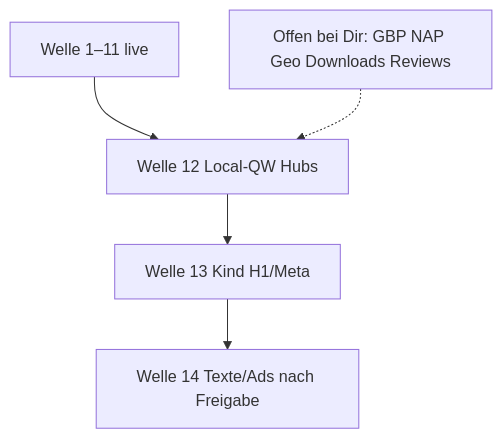
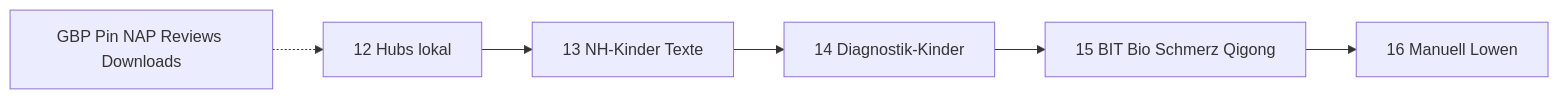
One commit to redshift-three67/naturheilpraxis-eeat changed the diagram in docs/PLAN.md. Above: the diagram before and after it, drawn with Mermaid. The commit also changed other lines of this file and 1 other file, not shown here.

First line of the commit message:
docs: Plan nach Top-7 Augsburg – Hubs lokal und Kind-Texte

````diff
--- a/docs/PLAN.md
+++ b/docs/PLAN.md
@@ -176,7 +130,8 @@
 ```mermaid
-flowchart TB
-  done["Welle 1–11 live"] --> w12["Welle 12 Local-QW Hubs"]
-  w12 --> w13["Welle 13 Kind H1/Meta"]
-  w13 --> w14["Welle 14 Texte/Ads nach Freigabe"]
-  op["Offen bei Dir: GBP NAP Geo Downloads Reviews"] -.-> w12
+flowchart LR
+  w12["12 Hubs lokal"] --> w13["13 NH-Kinder Texte"]
+  w13 --> w14["14 Diagnostik-Kinder"]
+  w14 --> w15["15 BIT Bio Schmerz Qigong"]
+  w15 --> w16["16 Manuell Lowen"]
+  du["GBP Pin NAP Reviews Downloads"] -.-> w12
 ```
````
